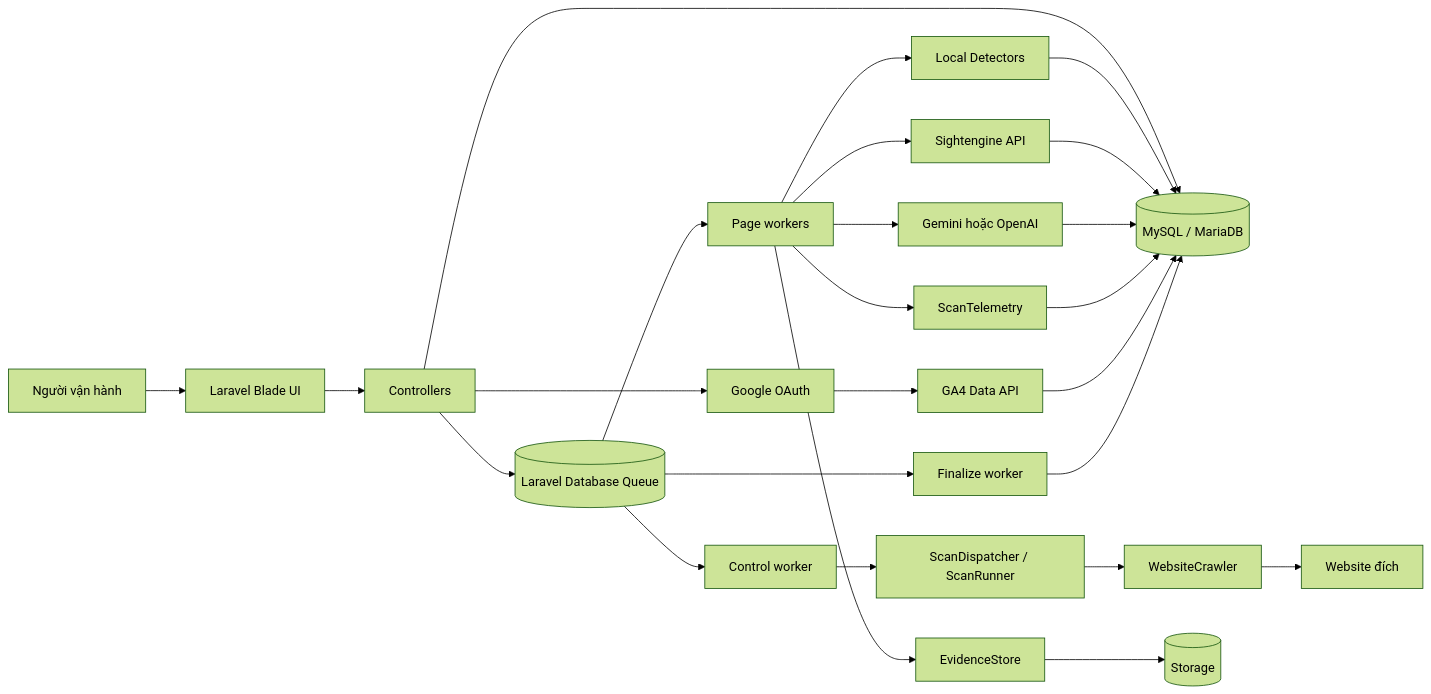
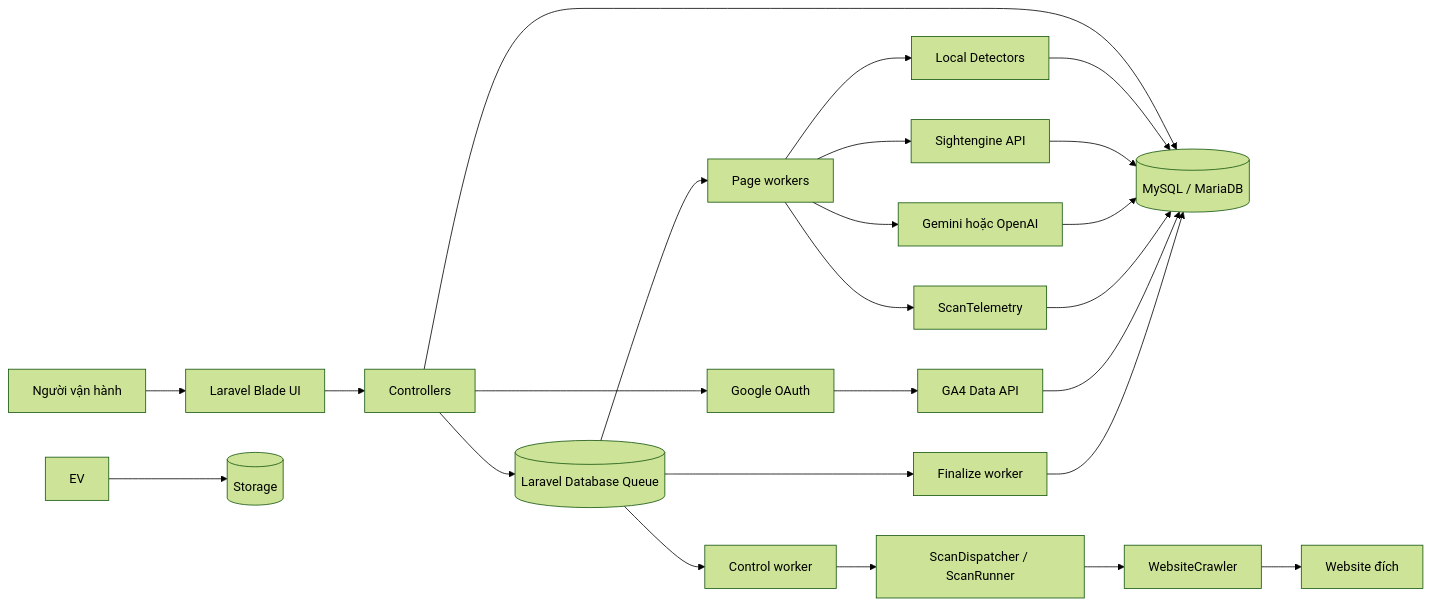
Before and after one commit to developer-maxvalue/maxGuard: the first of 21 diagrams in docs/PROJECT_HANDOVER.md, drawn with Mermaid (forest theme). The commit also changed other lines of this file and 77 other files, not shown here.

````diff
--- a/docs/PROJECT_HANDOVER.md
+++ b/docs/PROJECT_HANDOVER.md
@@ -49,32 +49,31 @@
 ```mermaid
 flowchart LR
     U[Người vận hành] --> UI[Laravel Blade UI]
     UI --> CTL[Controllers]
     CTL --> DB[(MySQL / MariaDB)]
     CTL --> Q[(Laravel Database Queue)]
 
     Q --> OW[Control worker]
     Q --> PW[Page workers]
     Q --> FW[Finalize worker]
 
     OW --> SD[ScanDispatcher / ScanRunner]
     SD --> WC[WebsiteCrawler]
     WC --> WEB[Website đích]
 
     PW --> LOCAL[Local Detectors]
     PW --> SE[Sightengine API]
     PW --> AI[Gemini hoặc OpenAI]
-    PW --> EV[EvidenceStore]
     PW --> TEL[ScanTelemetry]
 
     CTL --> GA[Google OAuth]
     GA --> GAD[GA4 Data API]
 
     LOCAL --> DB
     SE --> DB
     AI --> DB
     EV --> FS[(Storage)]
     TEL --> DB
     GAD --> DB
     FW --> DB
 ```
````
